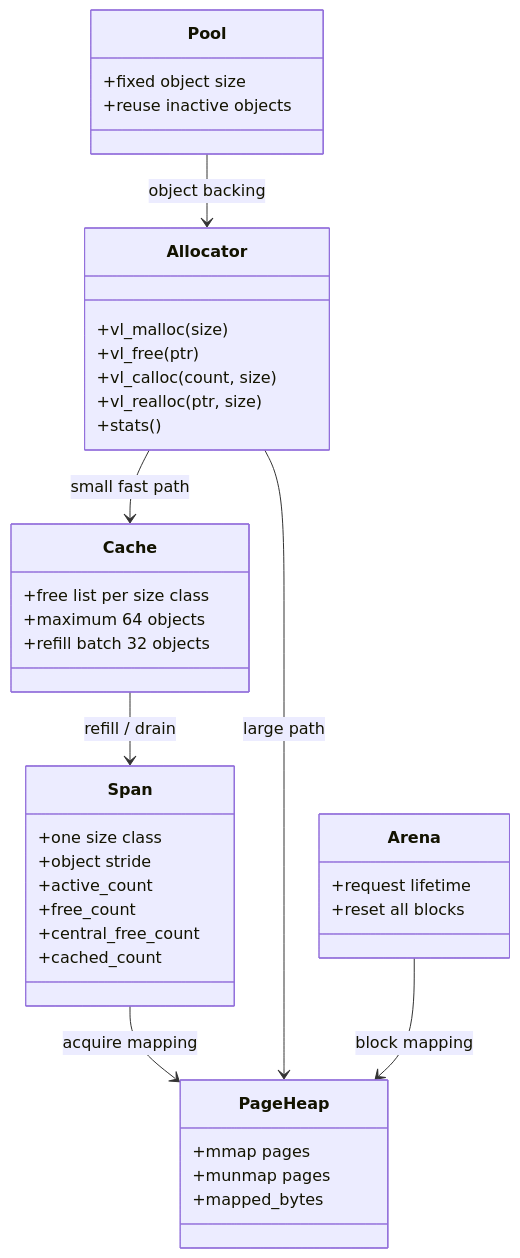
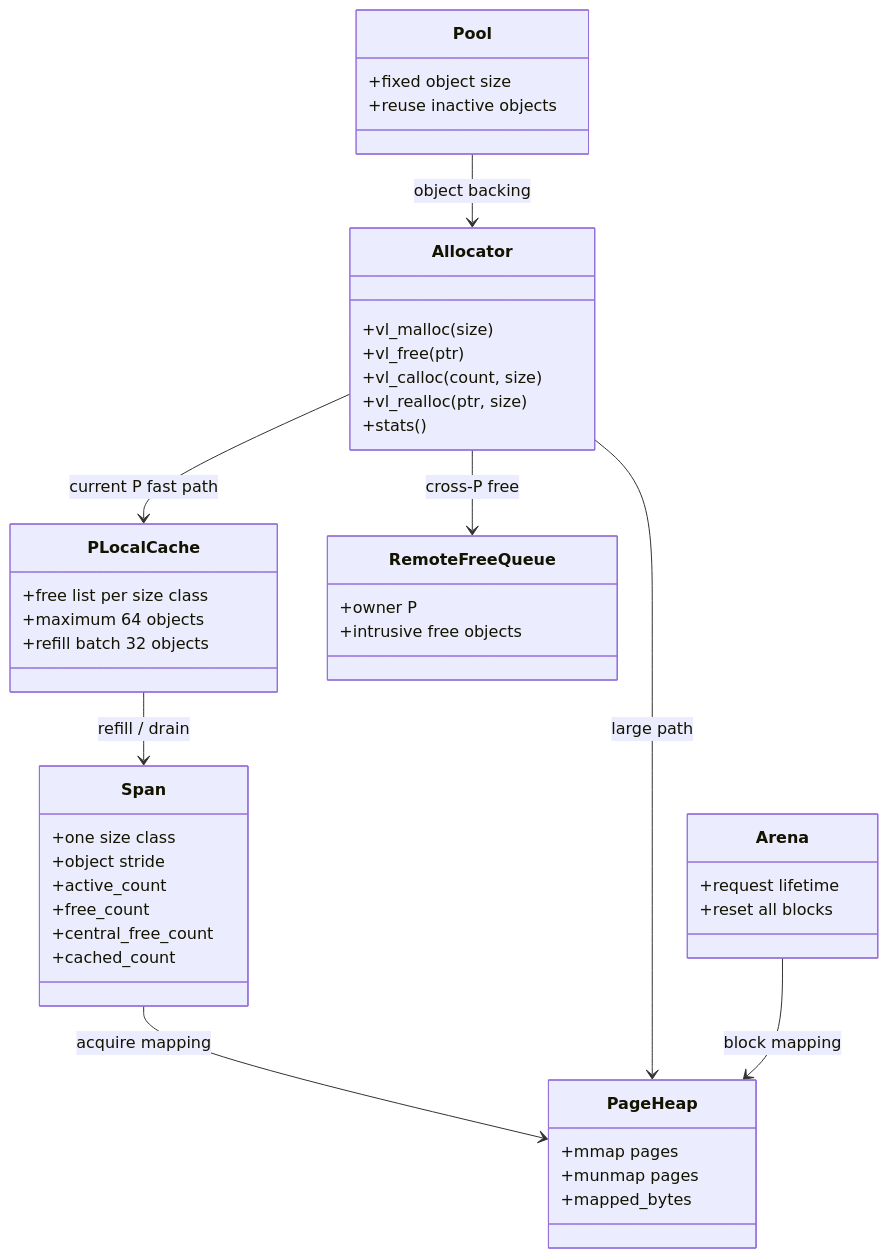
The diagram in docs/architecture/allocator.md (nobody0726/veloco), drawn with Mermaid before and after one commit. The commit also changed other lines of this file and 9 other files, not shown here.

````diff
--- a/docs/architecture/allocator.md
+++ b/docs/architecture/allocator.md
@@ -11,42 +10,47 @@
 ```mermaid
 classDiagram
     class Allocator {
         +vl_malloc(size)
         +vl_free(ptr)
         +vl_calloc(count, size)
         +vl_realloc(ptr, size)
         +stats()
     }
-    class Cache {
+    class PLocalCache {
         +free list per size class
         +maximum 64 objects
         +refill batch 32 objects
+    }
+    class RemoteFreeQueue {
+        +owner P
+        +intrusive free objects
     }
     class Span {
         +one size class
         +object stride
         +active_count
         +free_count
         +central_free_count
         +cached_count
     }
     class PageHeap {
         +mmap pages
         +munmap pages
         +mapped_bytes
     }
     class Arena {
         +request lifetime
         +reset all blocks
     }
     class Pool {
         +fixed object size
         +reuse inactive objects
     }
-    Allocator --> Cache : small fast path
-    Cache --> Span : refill / drain
+    Allocator --> PLocalCache : current P fast path
+    Allocator --> RemoteFreeQueue : cross-P free
+    PLocalCache --> Span : refill / drain
     Span --> PageHeap : acquire mapping
     Allocator --> PageHeap : large path
     Arena --> PageHeap : block mapping
     Pool --> Allocator : object backing
 ```
````
